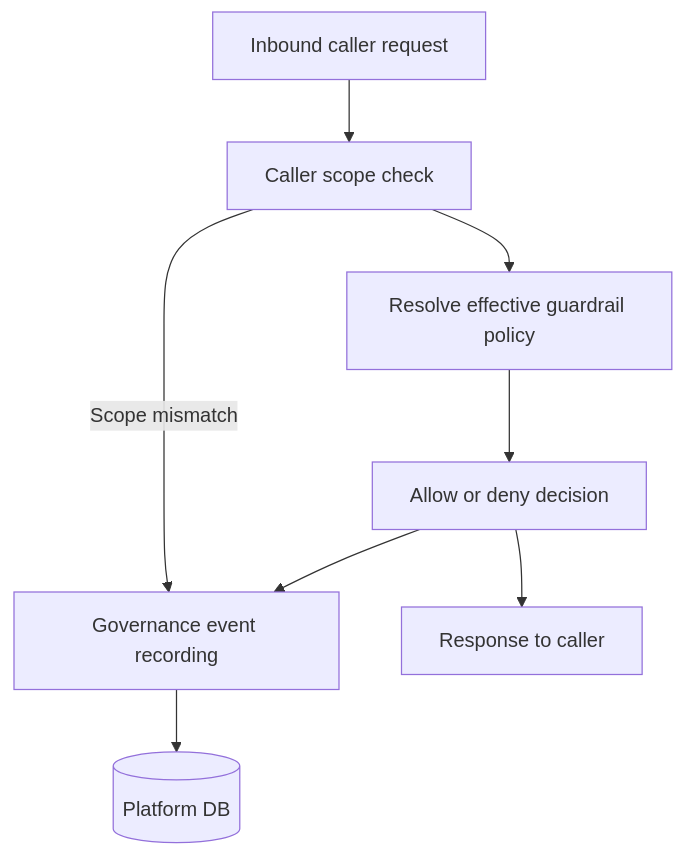
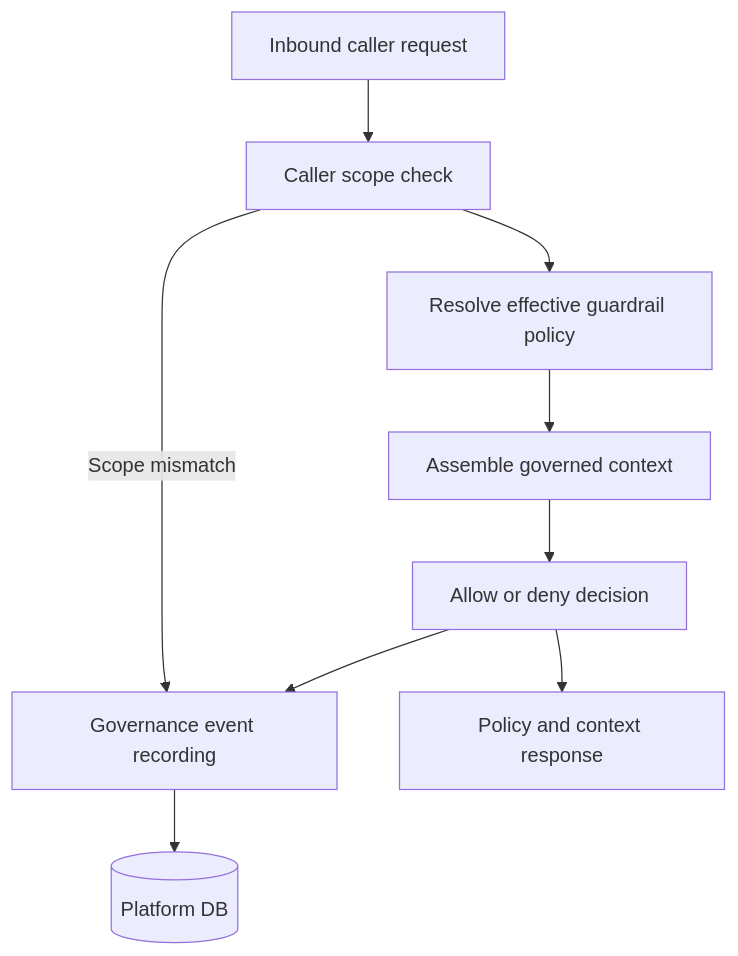
One commit to hurungang/parthenon changed the second of 2 diagrams in docs/master/architecture/modules/control-center/architecture.md. Above: the diagram before and after it, drawn with Mermaid. The commit also changed other lines of this file and 39 other files, not shown here.

````diff
--- a/docs/master/architecture/modules/control-center/architecture.md
+++ b/docs/master/architecture/modules/control-center/architecture.md
@@ -25,18 +34,20 @@
 ```mermaid
 flowchart TB
     CALL[Inbound caller request]
     AUTH[Caller scope check]
     POLICY[Resolve effective guardrail policy]
+    CONTEXT[Assemble governed context]
     DECIDE[Allow or deny decision]
     LOG[Governance event recording]
-    REPLY[Response to caller]
+    REPLY[Policy and context response]
     DB[(Platform DB)]
 
     CALL --> AUTH
     AUTH --> POLICY
-    POLICY --> DECIDE
+    POLICY --> CONTEXT
+    CONTEXT --> DECIDE
     DECIDE --> LOG
     LOG --> DB
     DECIDE --> REPLY
     AUTH -->|Scope mismatch| LOG
 ```
````
